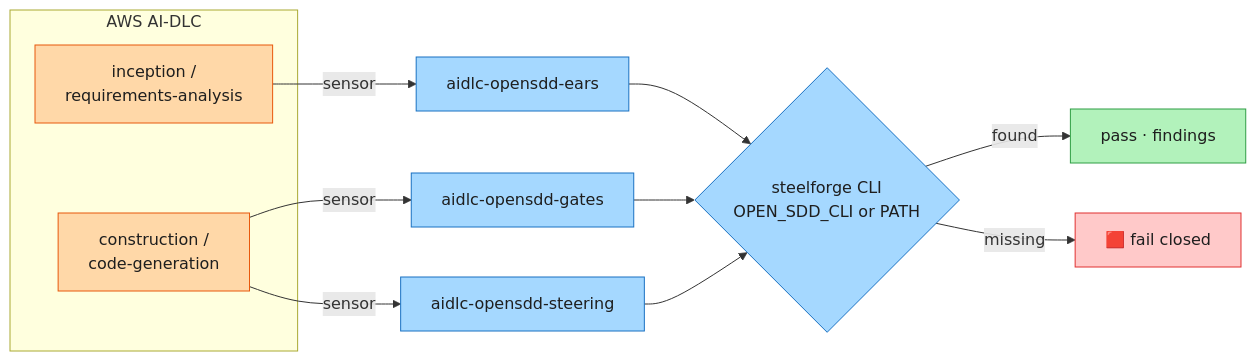
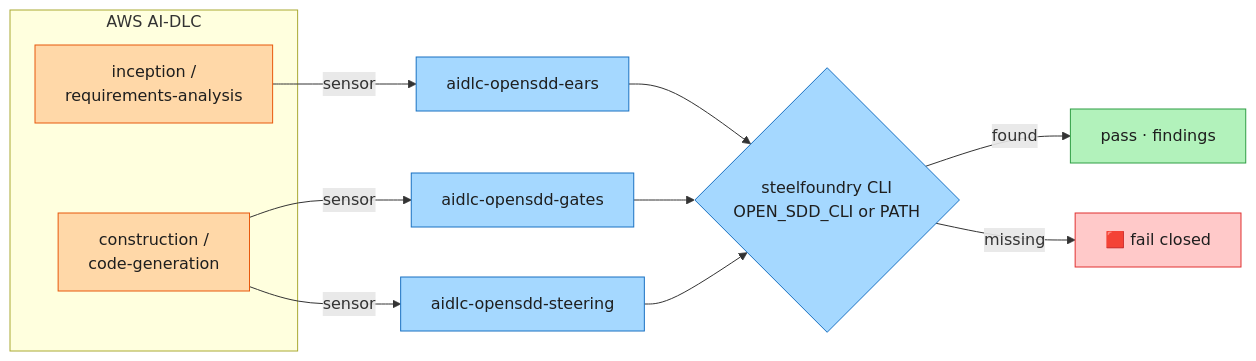
One commit to Brujo2020/OpenSDD changed diagram 12 of 12 in README.md. Above: the diagram before and after it, drawn with Mermaid. The commit also changed other lines of this file and 465 other files, not shown here.

````diff
--- a/README.md
+++ b/README.md
@@ -445,21 +445,21 @@
 ```mermaid
 flowchart LR
   subgraph AIDLC["AWS AI-DLC"]
     IN["inception /<br/>requirements-analysis"]
     CO["construction /<br/>code-generation"]
   end
   IN -- sensor --> S1["aidlc-opensdd-ears"]
   CO -- sensor --> S2["aidlc-opensdd-gates"]
   CO -- sensor --> S3["aidlc-opensdd-steering"]
-  S1 & S2 & S3 --> CLI{"steelforge CLI<br/>OPEN_SDD_CLI or PATH"}
+  S1 & S2 & S3 --> CLI{"steelfoundry CLI<br/>OPEN_SDD_CLI or PATH"}
   CLI -- found --> RES["pass · findings"]
   CLI -- missing --> FC["🟥 fail closed"]
   classDef aw fill:#ffd8a8,stroke:#e8590c,color:#1e1e1e
   classDef s fill:#a5d8ff,stroke:#1971c2,color:#1e1e1e
   classDef ok fill:#b2f2bb,stroke:#2f9e44,color:#1e1e1e
   classDef bad fill:#ffc9c9,stroke:#e03131,color:#1e1e1e
   class IN,CO aw
   class S1,S2,S3,CLI s
   class RES ok
   class FC bad
 ```
````
